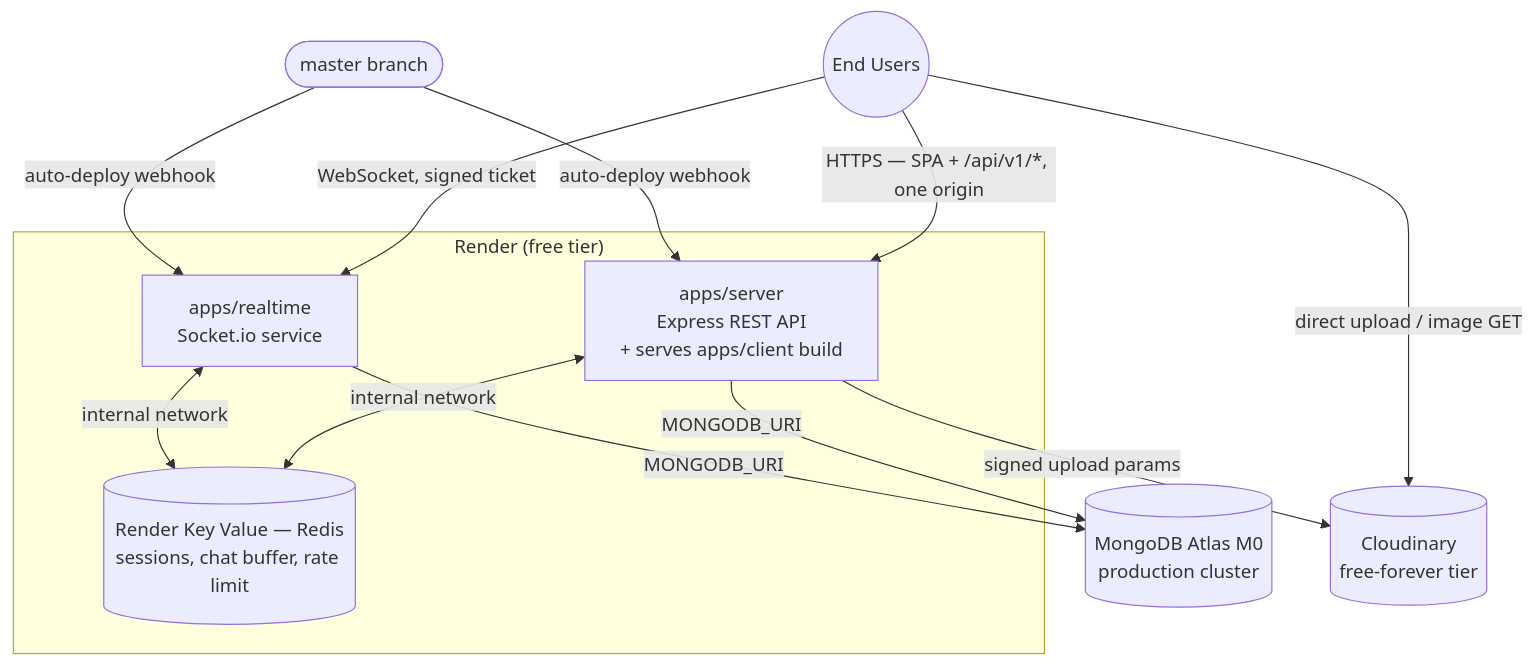
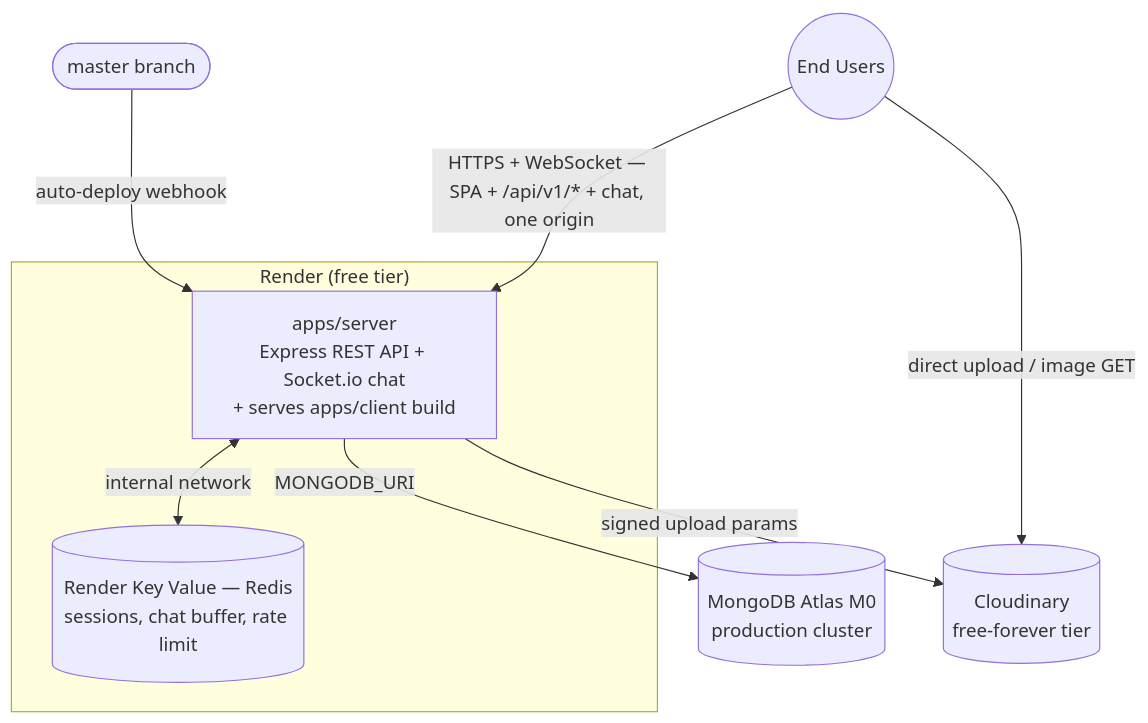
One commit to YonatanHen/Blog-Chat-app changed the second of 4 diagrams in docs/architecture/deployment-architecture.md. Above: the diagram before and after it, drawn with Mermaid. The commit also changed other lines of this file and 2 other files, not shown here.

First line of the commit message:
docs: chat is built - tick the section 14 chat items and update the README

````diff
--- a/docs/architecture/deployment-architecture.md
+++ b/docs/architecture/deployment-architecture.md
@@ -74,22 +75,17 @@
 ```mermaid
 flowchart TB
-    Users(("End Users")) -->|"HTTPS — SPA + /api/v1/*, one origin"| ApiSvc
-    Users -->|WebSocket, signed ticket| RealtimeSvc
+    Users(("End Users")) -->|"HTTPS + WebSocket — SPA + /api/v1/* + chat, one origin"| ApiSvc
 
     Master(["master branch"]) -->|auto-deploy webhook| ApiSvc
-    Master -->|auto-deploy webhook| RealtimeSvc
 
     subgraph RenderCloud["Render (free tier)"]
-        ApiSvc["apps/server<br/>Express REST API<br/>+ serves apps/client build"]
-        RealtimeSvc["apps/realtime<br/>Socket.io service"]
+        ApiSvc["apps/server<br/>Express REST API + Socket.io chat<br/>+ serves apps/client build"]
         Redis[("Render Key Value — Redis<br/>sessions, chat buffer, rate limit")]
         ApiSvc <-->|internal network| Redis
-        RealtimeSvc <-->|internal network| Redis
     end
 
     ApiSvc -->|MONGODB_URI| Atlas[("MongoDB Atlas M0<br/>production cluster")]
-    RealtimeSvc -->|MONGODB_URI| Atlas
 
     ApiSvc -->|signed upload params| Cloudinary[("Cloudinary<br/>free-forever tier")]
     Users -->|"direct upload / image GET"| Cloudinary
 ```
````
